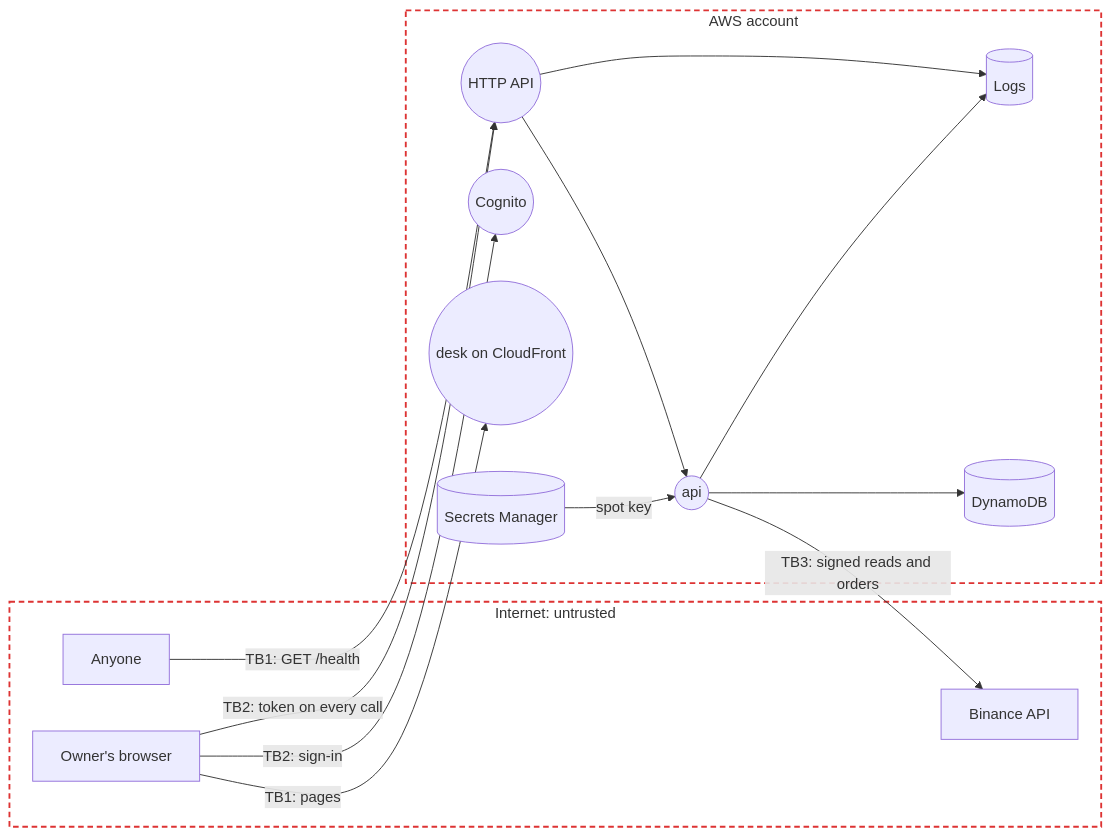
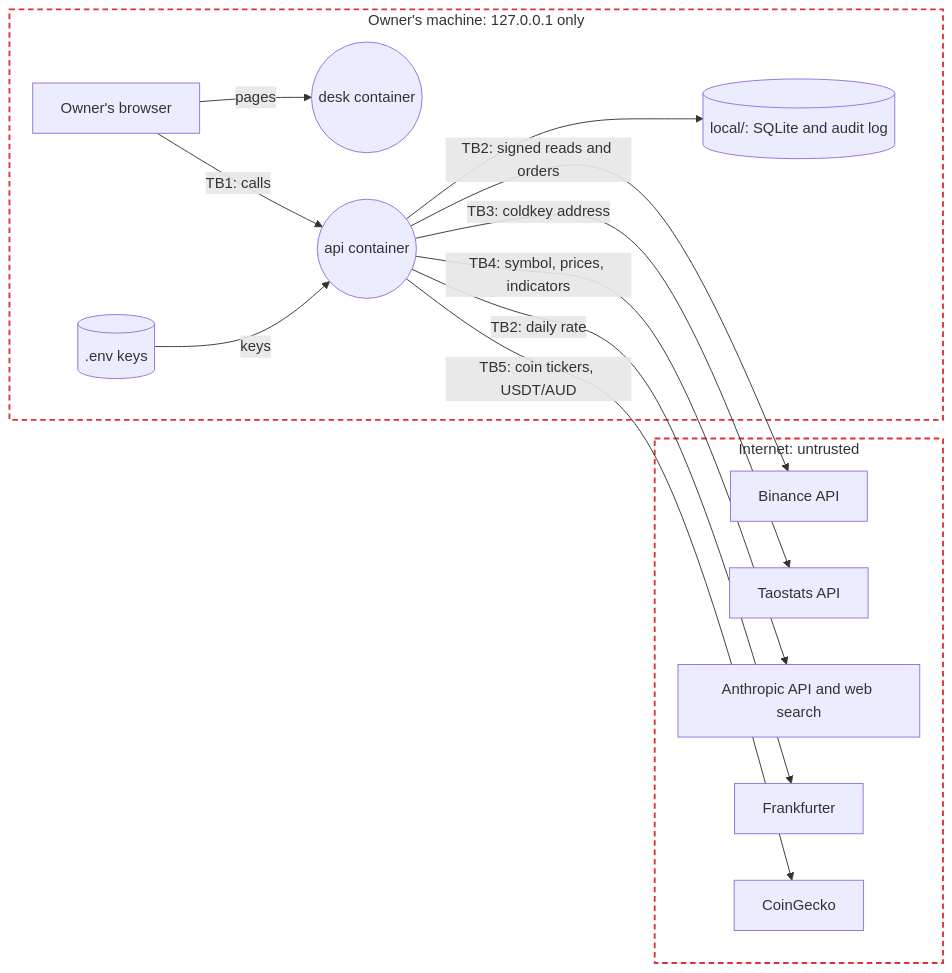
Before and after one commit to euginevd/trading-desk: the diagram in docs/threat-model.md, drawn with Mermaid. The commit also changed other lines of this file and 94 other files, not shown here.

````diff
--- a/docs/threat-model.md
+++ b/docs/threat-model.md
@@ -7,29 +7,28 @@
 ```mermaid
 flowchart LR
+  subgraph machine ["Owner's machine: 127.0.0.1 only"]
+    owner[Owner's browser]
+    web((desk container))
+    api((api container))
+    env[(.env keys)]
+    db[(local/: SQLite and audit log)]
+  end
   subgraph internet ["Internet: untrusted"]
-    caller[Anyone]
-    owner[Owner's browser]
     binance[Binance API]
+    taostats[Taostats API]
+    anthropic[Anthropic API and web search]
+    fx[Frankfurter]
+    gecko[CoinGecko]
   end
-  subgraph aws ["AWS account"]
-    web((desk on CloudFront))
-    cognito((Cognito))
-    gateway((HTTP API))
-    api((api))
-    secret[(Secrets Manager)]
-    table[(DynamoDB)]
-    logs[(Logs)]
-  end
-  caller -- "TB1: GET /health" --> gateway
-  owner -- "TB1: pages" --> web
-  owner -- "TB2: sign-in" --> cognito
-  owner -- "TB2: token on every call" --> gateway
-  gateway --> api
-  api -- "TB3: signed reads and orders" --> binance
-  secret -- "spot key" --> api
-  api --> table
-  gateway --> logs
-  api --> logs
+  owner -- "pages" --> web
+  owner -- "TB1: calls" --> api
+  env -- "keys" --> api
+  api --> db
+  api -- "TB2: signed reads and orders" --> binance
+  api -- "TB3: coldkey address" --> taostats
+  api -- "TB4: symbol, prices, indicators" --> anthropic
+  api -- "TB2: daily rate" --> fx
+  api -- "TB5: coin tickers, USDT/AUD" --> gecko
   classDef boundary fill:none,stroke:#d33,stroke-width:2px,stroke-dasharray:6 4
-  class internet,aws boundary
+  class internet,machine boundary
 ```
````
